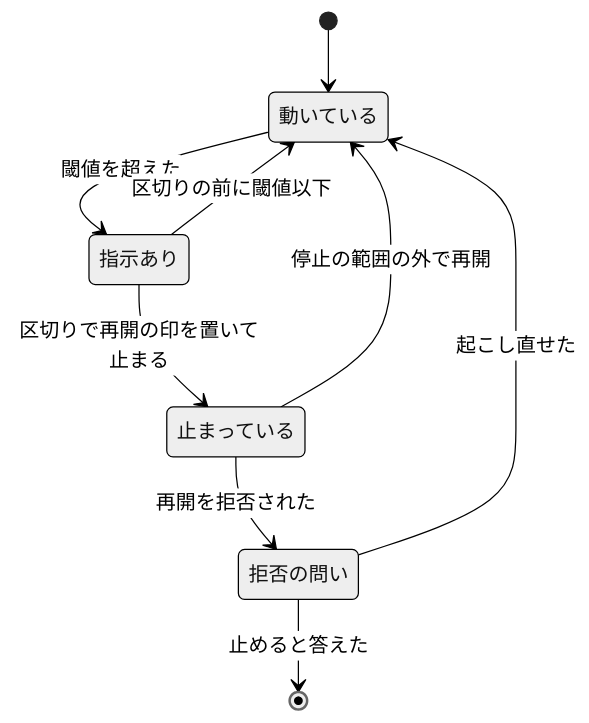
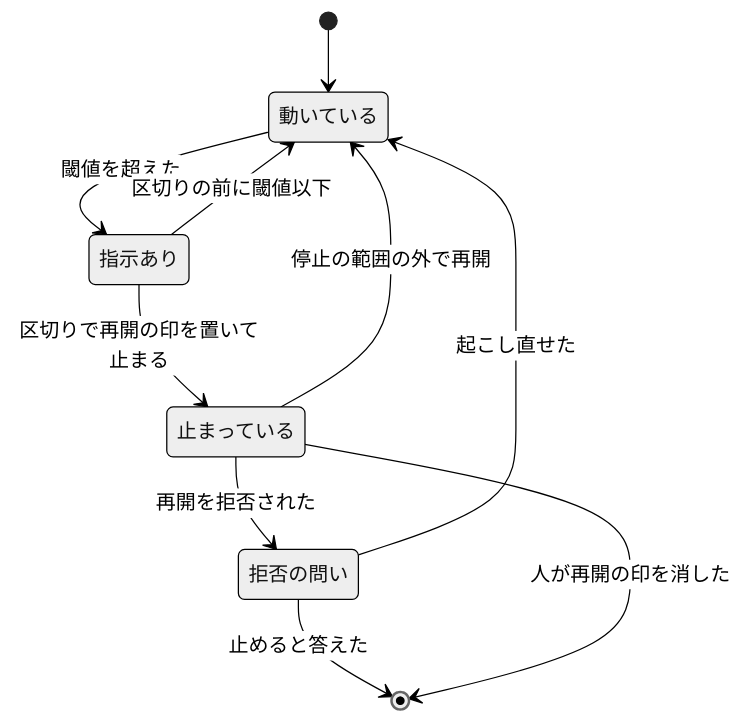
Before and after one commit to devbasex/ai-plugins: the fifth of 5 diagrams in issues/issue-2707-design.md, drawn with Mermaid (neutral theme). The commit also changed other lines of this file and 1 other file, not shown here.

````diff
--- a/issues/issue-2707-design.md
+++ b/issues/issue-2707-design.md
@@ -363,11 +368,12 @@
 ```mermaid
 stateDiagram-v2
     [*] --> 動いている
     動いている --> 指示あり: 閾値を超えた
     指示あり --> 動いている: 区切りの前に閾値以下
     指示あり --> 止まっている: 区切りで再開の印を置いて止まる
     止まっている --> 動いている: 停止の範囲の外で再開
     止まっている --> 拒否の問い: 再開を拒否された
     拒否の問い --> 動いている: 起こし直せた
     拒否の問い --> [*]: 止めると答えた
+    止まっている --> [*]: 人が再開の印を消した
 ```
````
